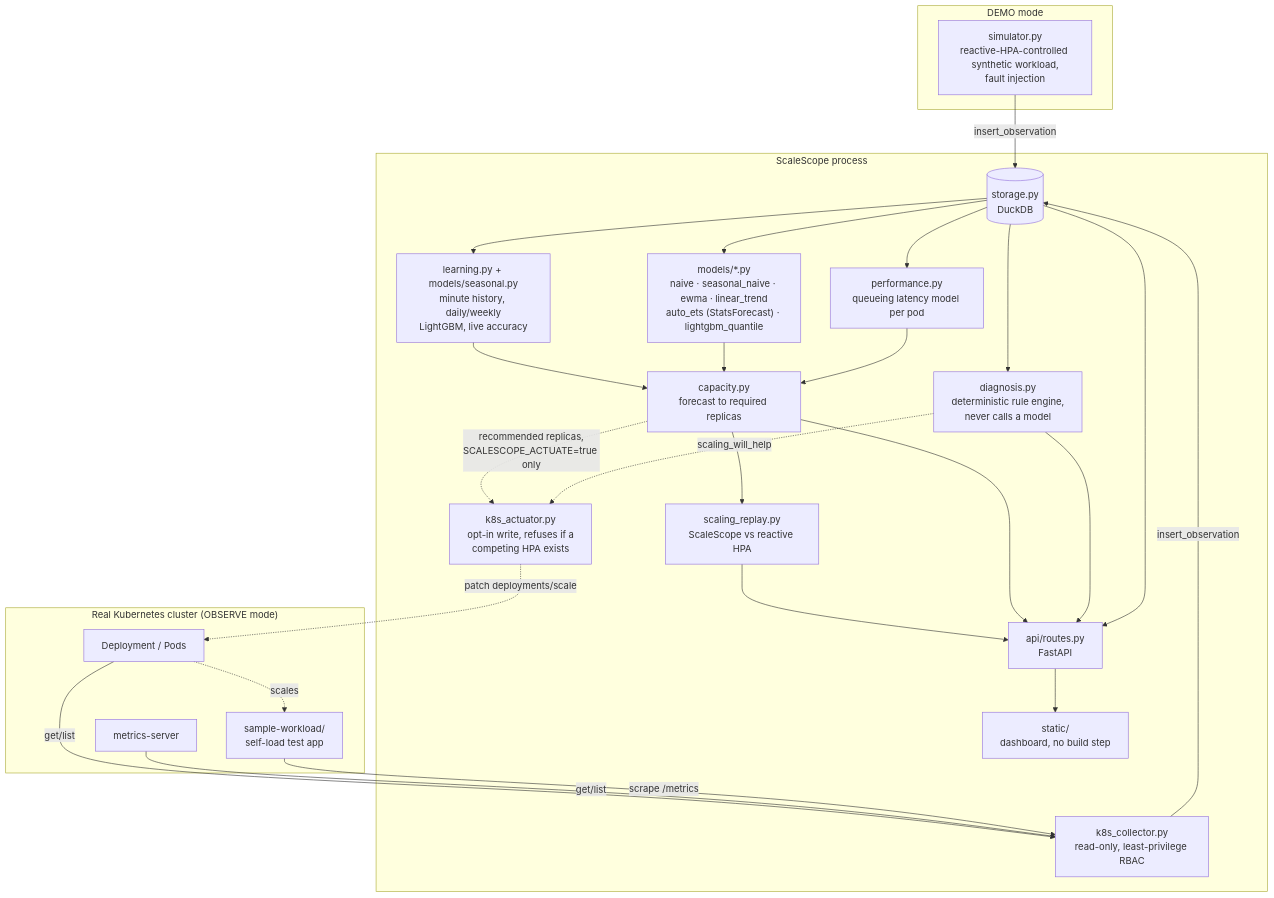
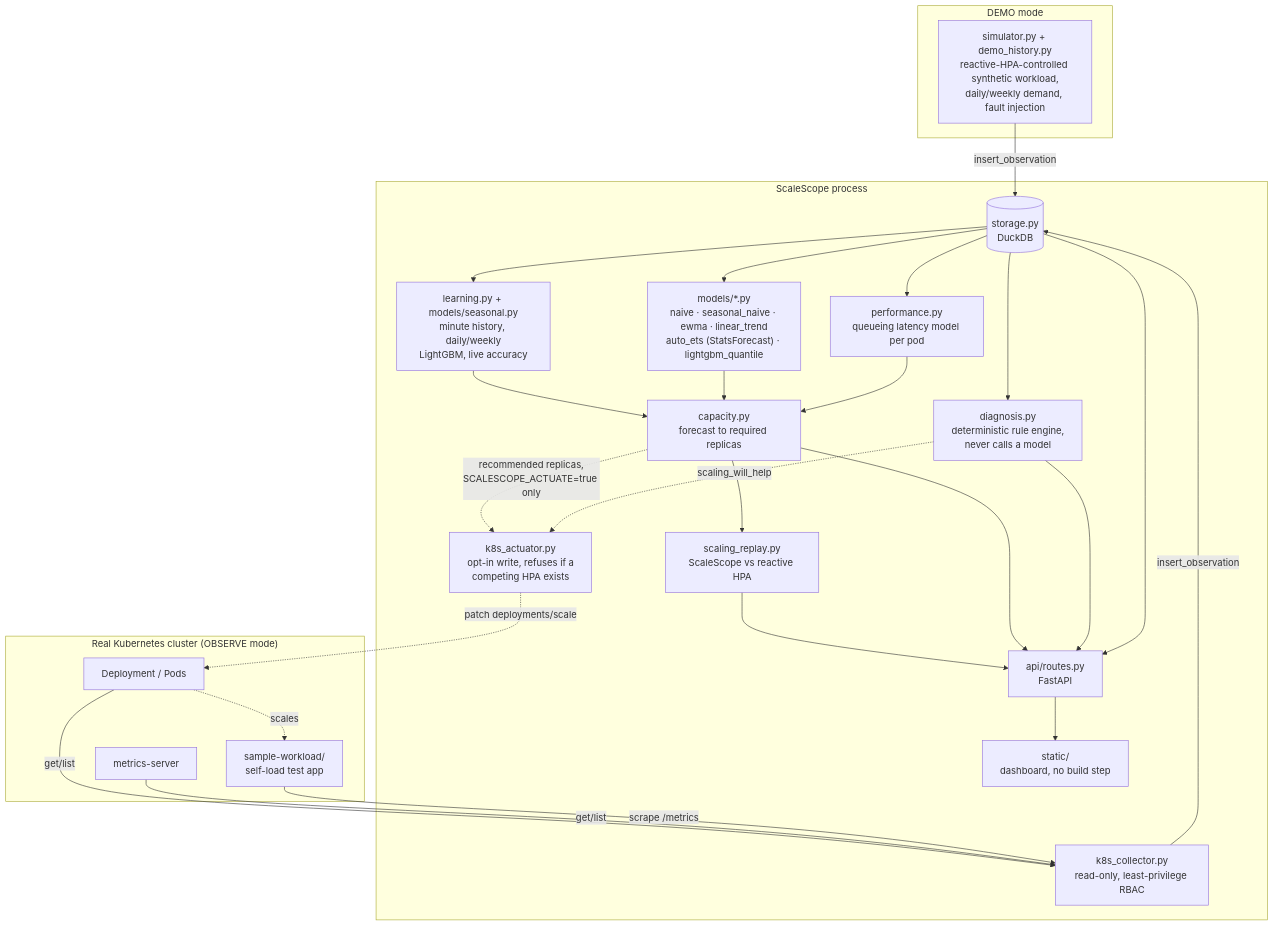
One commit to jsawyerdev/scalescope changed the first of 6 diagrams in README.md. Above: the diagram before and after it, drawn with Mermaid. The commit also changed other lines of this file and 2 other files, not shown here.

````diff
--- a/README.md
+++ b/README.md
@@ -277,51 +279,51 @@
 ```mermaid
 flowchart TB
     subgraph DEMO["DEMO mode"]
-        SIM["simulator.py<br/>reactive-HPA-controlled synthetic workload,<br/>fault injection"]
+        SIM["simulator.py + demo_history.py<br/>reactive-HPA-controlled synthetic workload,<br/>daily/weekly demand, fault injection"]
     end
 
     subgraph CLUSTER["Real Kubernetes cluster (OBSERVE mode)"]
         DEPLOY["Deployment / Pods"]
         METRICSRV["metrics-server"]
         WORKLOAD["sample-workload/<br/>self-load test app"]
         DEPLOY -.->|scales| WORKLOAD
     end
 
     subgraph SCALESCOPE["ScaleScope process"]
         COLLECTOR["k8s_collector.py<br/>read-only, least-privilege RBAC"]
         ACTUATOR["k8s_actuator.py<br/>opt-in write, refuses if a<br/>competing HPA exists"]
         STORE[("storage.py<br/>DuckDB")]
         MODELS["models/*.py<br/>naive · seasonal_naive · ewma · linear_trend<br/>auto_ets (StatsForecast) · lightgbm_quantile"]
         PERF["performance.py<br/>queueing latency model per pod"]
         LEARN["learning.py + models/seasonal.py<br/>minute history, daily/weekly<br/>LightGBM, live accuracy"]
         CAPACITY["capacity.py<br/>forecast to required replicas"]
         REPLAY["scaling_replay.py<br/>ScaleScope vs reactive HPA"]
         DIAGNOSIS["diagnosis.py<br/>deterministic rule engine,<br/>never calls a model"]
         API["api/routes.py<br/>FastAPI"]
         UI["static/<br/>dashboard, no build step"]
     end
 
     SIM -->|insert_observation| STORE
     DEPLOY -->|get/list| COLLECTOR
     METRICSRV -->|get/list| COLLECTOR
     WORKLOAD -->|scrape /metrics| COLLECTOR
     COLLECTOR -->|insert_observation| STORE
 
     STORE --> MODELS
     STORE --> LEARN
     LEARN --> CAPACITY
     STORE --> PERF
     STORE --> DIAGNOSIS
     MODELS --> CAPACITY
     PERF --> CAPACITY
     CAPACITY --> REPLAY
     REPLAY --> API
     CAPACITY --> API
     DIAGNOSIS --> API
     STORE --> API
     API --> UI
 
     CAPACITY -.->|recommended replicas,<br/>SCALESCOPE_ACTUATE=true only| ACTUATOR
     DIAGNOSIS -.->|scaling_will_help| ACTUATOR
     ACTUATOR -.->|patch deployments/scale| DEPLOY
 ```
````
